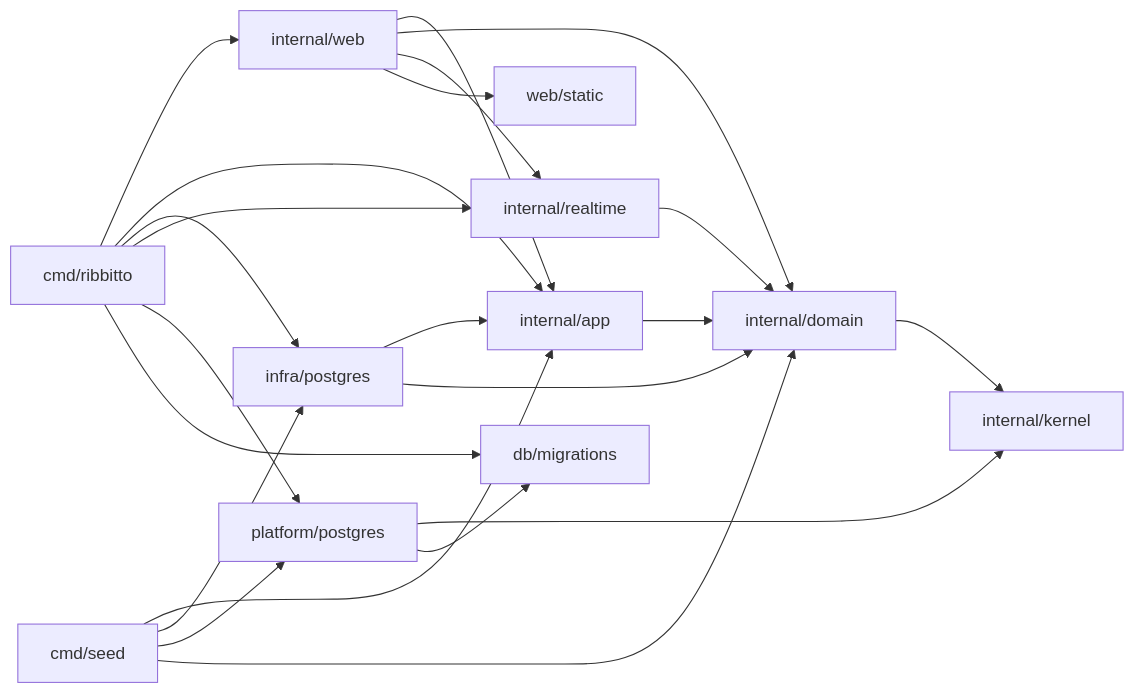
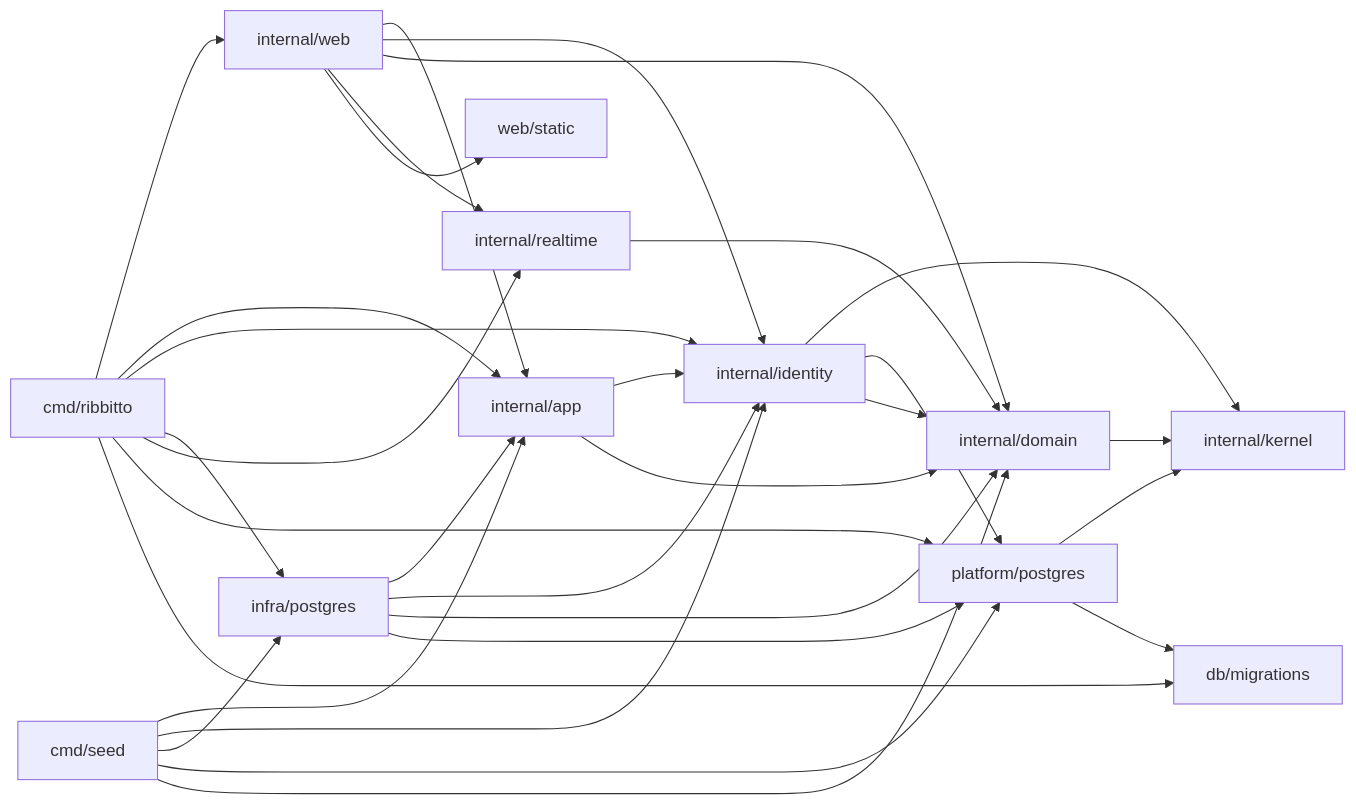
One commit to tkakkie/ribbitto changed the diagram in docs/architecture/packages.md. Above: the diagram before and after it, drawn with Mermaid. The commit also changed other lines of this file and 52 other files, not shown here.

First line of the commit message:
refactor(identity): rename app/auth to the identity module's root (#389)

````diff
--- a/docs/architecture/packages.md
+++ b/docs/architecture/packages.md
@@ -58,11 +60,12 @@
 ```mermaid
 flowchart LR
-  cmd[cmd/ribbitto] --> web & app & postgres[infra/postgres] & realtime & platform[platform/postgres] & migrations[db/migrations]
-  seed[cmd/seed] --> app & postgres & platform & domain
-  web[internal/web] --> app & domain & realtime & static[web/static]
-  postgres --> app & domain
+  cmd[cmd/ribbitto] --> web & app & identity & postgres[infra/postgres] & realtime & platform[platform/postgres] & migrations[db/migrations]
+  seed[cmd/seed] --> app & identity & postgres & platform & domain
+  web[internal/web] --> app & identity & domain & realtime & static[web/static]
+  postgres --> app & identity & domain & platform
   realtime[internal/realtime] --> domain
-  app[internal/app] --> domain[internal/domain]
+  app[internal/app] --> identity & domain[internal/domain]
+  identity[internal/identity] --> kernel & platform & domain
   domain --> kernel[internal/kernel]
   platform --> kernel & migrations
 ```
````
